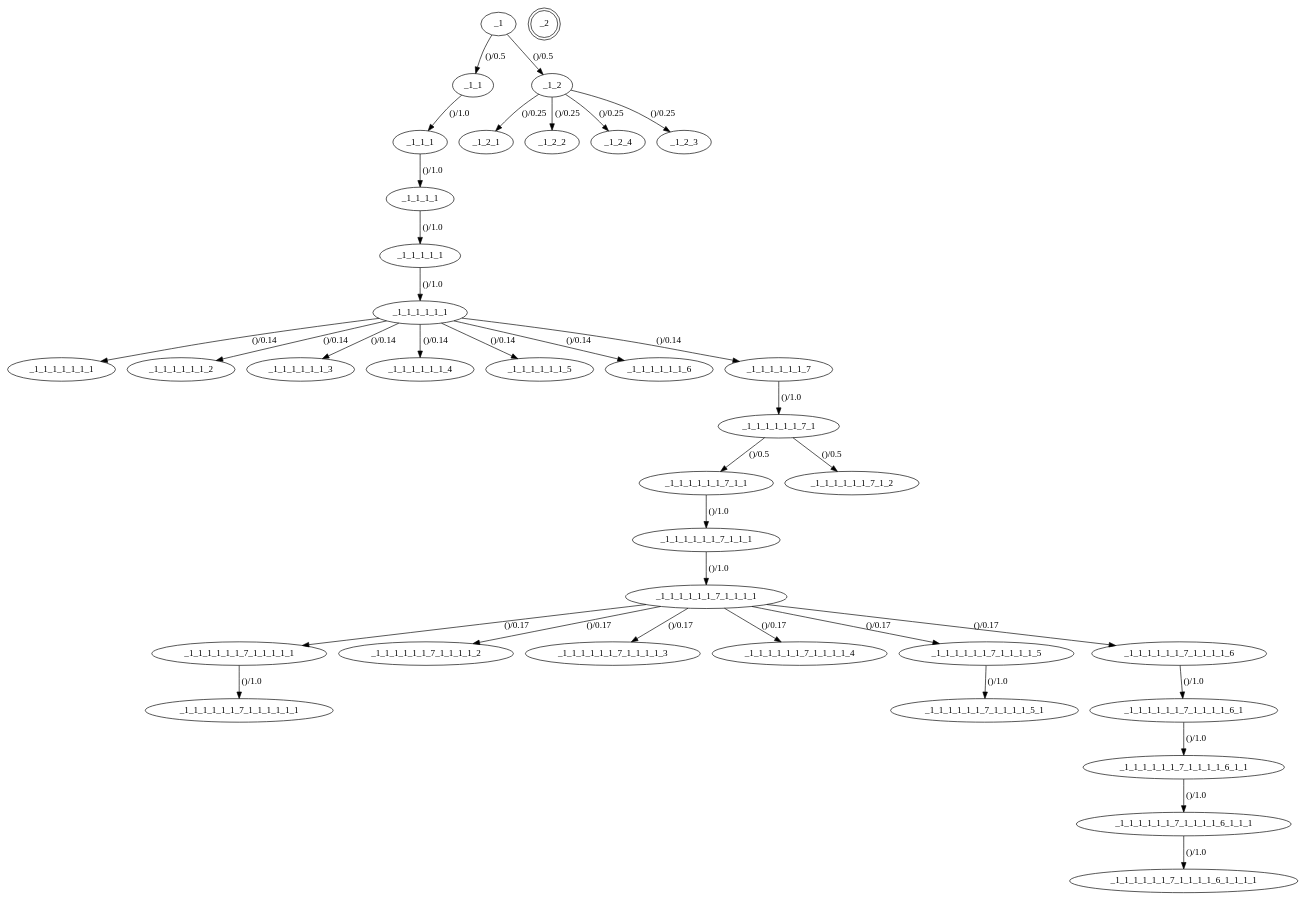
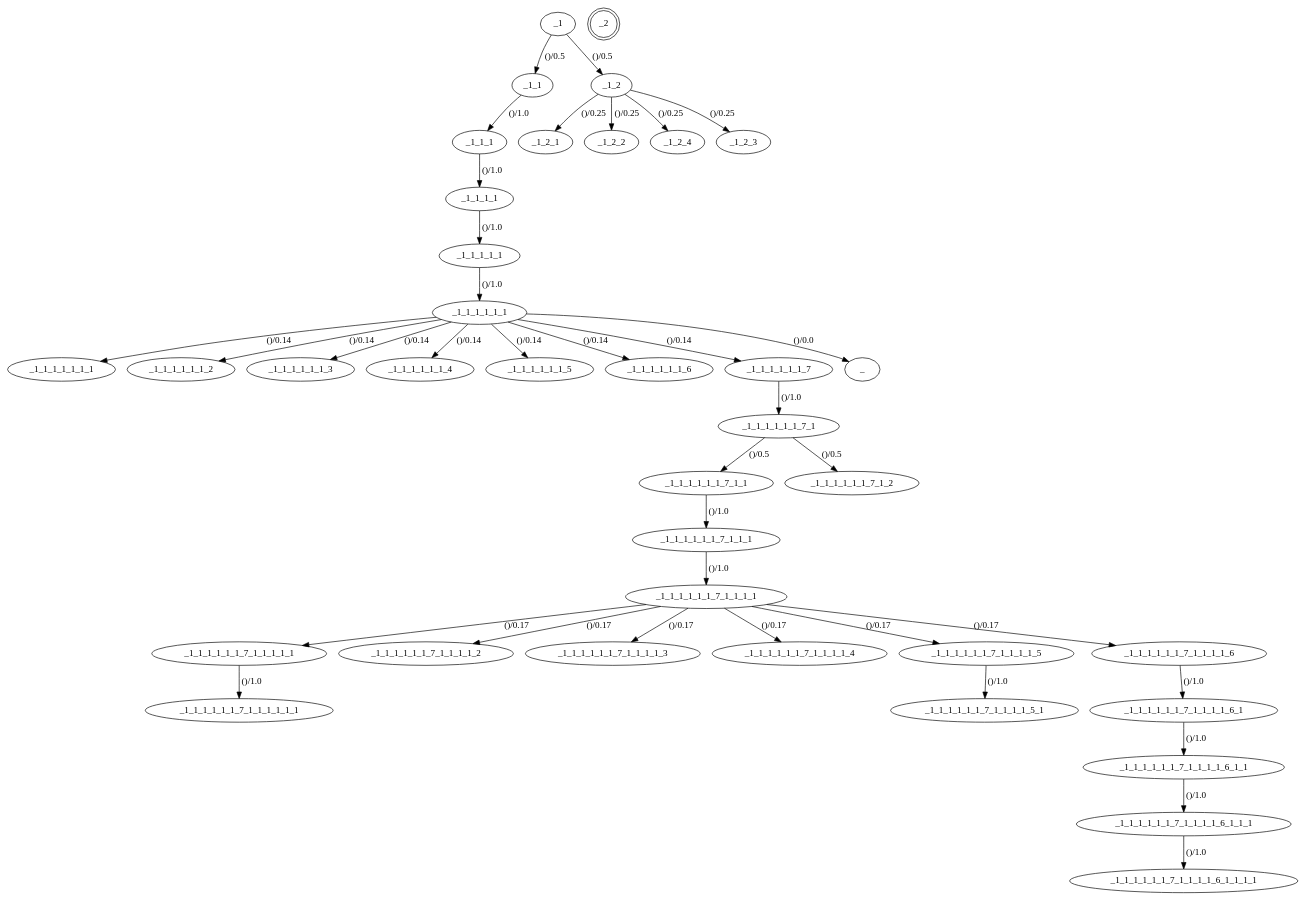
The diagram in qauto_deco/pagemodel/structure.gv (helttu/slideco-tests), drawn with Graphviz before and after one commit. The commit also changed 6 other files, not shown here.

```diff
--- a/qauto_deco/pagemodel/structure.gv
+++ b/qauto_deco/pagemodel/structure.gv
@@ -1,74 +1,75 @@
 digraph default_model {
 //States
 _1
 _1_1_1
 _1_1
 _1_1_1_1
 _1_1_1_1_1
 _1_1_1_1_1_1
 _1_1_1_1_1_1_1
 _1_1_1_1_1_1_2
 _1_1_1_1_1_1_3
 _1_1_1_1_1_1_4
 _1_1_1_1_1_1_5
 _1_1_1_1_1_1_6
 _1_1_1_1_1_1_7
 _1_1_1_1_1_1_7_1
 _1_1_1_1_1_1_7_1_1
 _1_1_1_1_1_1_7_1_1_1
 _1_1_1_1_1_1_7_1_1_1_1
 _1_1_1_1_1_1_7_1_1_1_1_1
 _1_1_1_1_1_1_7_1_1_1_1_2
 _1_1_1_1_1_1_7_1_1_1_1_3
 _1_1_1_1_1_1_7_1_1_1_1_4
 _1_1_1_1_1_1_7_1_1_1_1_5
 _1_1_1_1_1_1_7_1_1_1_1_5_1
 _1_1_1_1_1_1_7_1_2
 _1_2
 _1_2_1
 _1_2_2
 _1_1_1_1_1_1_7_1_1_1_1_1_1
 _1_1_1_1_1_1_7_1_1_1_1_6
 _1_1_1_1_1_1_7_1_1_1_1_6_1
 _1_2_4
 _1_2_3
 _1_1_1_1_1_1_7_1_1_1_1_6_1_1
 _1_1_1_1_1_1_7_1_1_1_1_6_1_1_1
 _1_1_1_1_1_1_7_1_1_1_1_6_1_1_1_1
 _2[shape = "doublecircle"]
 //Transitions
 _1 -> _1_1[ label = "()/0.5", probability = "0.5", set_guard = "(u'', u'')", check_guard = "(u'', u'')", edge_id = "fc549930-c01f-11e5-bdbc-a94980e8de8d"]
 _1_1 -> _1_1_1[ label = "()/1.0", probability = "1.0", set_guard = "(u'', u'')", check_guard = "(u'', u'')", edge_id = "fe4879ee-c01f-11e5-8b18-a94980e8de8d"]
 _1_1_1 -> _1_1_1_1[ label = "()/1.0", probability = "1.0", set_guard = "(u'', u'')", check_guard = "(u'', u'')", edge_id = "ac323121-c02d-11e5-8503-a94980e8de8d"]
 _1_1_1_1 -> _1_1_1_1_1[ label = "()/1.0", probability = "1.0", set_guard = "(u'', u'')", check_guard = "(u'', u'')", edge_id = "2e873671-c02e-11e5-a260-a94980e8de8d"]
 _1_1_1_1_1 -> _1_1_1_1_1_1[ label = "()/1.0", probability = "1.0", set_guard = "(u'', u'')", check_guard = "(u'', u'')", edge_id = "fa83d631-c032-11e5-aabc-a94980e8de8d"]
 _1_1_1_1_1_1 -> _1_1_1_1_1_1_1[ label = "()/0.14", probability = "0.142857142857", set_guard = "(u'', u'')", check_guard = "(u'', u'')", edge_id = "8bbcdc9f-c038-11e5-88a6-a94980e8de8d"]
 _1_1_1_1_1_1 -> _1_1_1_1_1_1_2[ label = "()/0.14", probability = "0.142857142857", set_guard = "(u'', u'')", check_guard = "(u'', u'')", edge_id = "e2cac7ef-c038-11e5-b7d3-a94980e8de8d"]
 _1_1_1_1_1_1 -> _1_1_1_1_1_1_3[ label = "()/0.14", probability = "0.142857142857", set_guard = "(u'', u'')", check_guard = "(u'', u'')", edge_id = "0b82f9ae-c039-11e5-b3ff-a94980e8de8d"]
 _1_1_1_1_1_1 -> _1_1_1_1_1_1_4[ label = "()/0.14", probability = "0.142857142857", set_guard = "(u'', u'')", check_guard = "(u'', u'')", edge_id = "3bceb6e2-c039-11e5-9122-a94980e8de8d"]
 _1_1_1_1_1_1 -> _1_1_1_1_1_1_5[ label = "()/0.14", probability = "0.142857142857", set_guard = "(u'', u'')", check_guard = "(u'', u'')", edge_id = "fdcfa1a1-c039-11e5-8b14-a94980e8de8d"]
 _1_1_1_1_1_1 -> _1_1_1_1_1_1_6[ label = "()/0.14", probability = "0.142857142857", set_guard = "(u'', u'')", check_guard = "(u'', u'')", edge_id = "ff775e30-c039-11e5-93ba-a94980e8de8d"]
 _1_1_1_1_1_1 -> _1_1_1_1_1_1_7[ label = "()/0.14", probability = "0.142857142857", set_guard = "(u'', u'')", check_guard = "(u'', u'')", edge_id = "01636f5f-c03d-11e5-94c1-a94980e8de8d"]
 _1_1_1_1_1_1_7 -> _1_1_1_1_1_1_7_1[ label = "()/1.0", probability = "1.0", set_guard = "(u'', u'')", check_guard = "(u'', u'')", edge_id = "63c5beb1-c03d-11e5-986f-a94980e8de8d"]
 _1_1_1_1_1_1_7_1 -> _1_1_1_1_1_1_7_1_1[ label = "()/0.5", probability = "0.5", set_guard = "(u'', u'')", check_guard = "(u'', u'')", edge_id = "81ed66c1-c03f-11e5-b923-a94980e8de8d"]
 _1_1_1_1_1_1_7_1_1 -> _1_1_1_1_1_1_7_1_1_1[ label = "()/1.0", probability = "1.0", set_guard = "(u'', u'')", check_guard = "(u'', u'')", edge_id = "80083690-c040-11e5-a873-a94980e8de8d"]
 _1_1_1_1_1_1_7_1_1_1 -> _1_1_1_1_1_1_7_1_1_1_1[ label = "()/1.0", probability = "1.0", set_guard = "(u'', u'')", check_guard = "(u'', u'')", edge_id = "110f70e2-c041-11e5-8143-a94980e8de8d"]
 _1_1_1_1_1_1_7_1_1_1_1 -> _1_1_1_1_1_1_7_1_1_1_1_1[ label = "()/0.17", probability = "0.166666666667", set_guard = "(u'', u'')", check_guard = "(u'', u'')", edge_id = "cb99f522-c041-11e5-8451-a94980e8de8d"]
 _1_1_1_1_1_1_7_1_1_1_1 -> _1_1_1_1_1_1_7_1_1_1_1_2[ label = "()/0.17", probability = "0.166666666667", set_guard = "(u'', u'')", check_guard = "(u'', u'')", edge_id = "018954a1-c042-11e5-88d0-a94980e8de8d"]
 _1_1_1_1_1_1_7_1_1_1_1 -> _1_1_1_1_1_1_7_1_1_1_1_3[ label = "()/0.17", probability = "0.166666666667", set_guard = "(u'', u'')", check_guard = "(u'', u'')", edge_id = "2f99eede-c042-11e5-a975-a94980e8de8d"]
 _1_1_1_1_1_1_7_1_1_1_1 -> _1_1_1_1_1_1_7_1_1_1_1_4[ label = "()/0.17", probability = "0.166666666667", set_guard = "(u'', u'')", check_guard = "(u'', u'')", edge_id = "59dcb841-c042-11e5-a3d8-a94980e8de8d"]
 _1_1_1_1_1_1_7_1_1_1_1 -> _1_1_1_1_1_1_7_1_1_1_1_5[ label = "()/0.17", probability = "0.166666666667", set_guard = "(u'', u'')", check_guard = "(u'', u'')", edge_id = "9ddb07e2-c042-11e5-a824-a94980e8de8d"]
 _1_1_1_1_1_1_7_1_1_1_1_5 -> _1_1_1_1_1_1_7_1_1_1_1_5_1[ label = "()/1.0", probability = "1.0", set_guard = "(u'', u'')", check_guard = "(u'', u'')", edge_id = "a6ca075e-c0c0-11e5-bbbb-a94980e8de8d"]
 _1_1_1_1_1_1_7_1 -> _1_1_1_1_1_1_7_1_2[ label = "()/0.5", probability = "0.5", set_guard = "(u'', u'')", check_guard = "(u'', u'')", edge_id = "90f4aa10-c0c2-11e5-9162-a94980e8de8d"]
 _1_2 -> _1_2_1[ label = "()/0.25", probability = "0.25", set_guard = "(u'', u'')", check_guard = "(u'', u'')", edge_id = "b18e8770-c5a2-11e5-922c-2c600cd4c6d7"]
 _1_1_1_1_1_1_7_1_1_1_1_1 -> _1_1_1_1_1_1_7_1_1_1_1_1_1[ label = "()/1.0", probability = "1.0", set_guard = "(u'', u'')", check_guard = "(u'', u'')", edge_id = "2f5d7d41-c8b5-11e5-b5b1-00247e035201"]
 _1_1_1_1_1_1_7_1_1_1_1 -> _1_1_1_1_1_1_7_1_1_1_1_6[ label = "()/0.17", probability = "0.166666666667", set_guard = "(u'', u'')", check_guard = "(u'', u'')", edge_id = "63b998ef-c8bd-11e5-b359-00247e035201"]
 _1_1_1_1_1_1_7_1_1_1_1_6 -> _1_1_1_1_1_1_7_1_1_1_1_6_1[ label = "()/1.0", probability = "1.0", set_guard = "(u'', u'')", check_guard = "(u'', u'')", edge_id = "b40472c1-c8be-11e5-b9d2-00247e035201"]
 _1 -> _1_2[ label = "()/0.5", probability = "0.5", set_guard = "(u'', u'')", check_guard = "(u'', u'')", edge_id = "d7b9c1e1-c975-11e5-b0eb-a94980e8de8d"]
 _1_2 -> _1_2_2[ label = "()/0.25", probability = "0.25", set_guard = "(u'', u'')", check_guard = "(u'', u'')", edge_id = "dfcd2bb0-c975-11e5-99fe-a94980e8de8d"]
 _1_2 -> _1_2_3[ label = "()/0.25", probability = "0.25", set_guard = "(u'', u'')", check_guard = "(u'', u'')", edge_id = "452f3561-cc06-11e5-b6e7-2c600cd4c6d7"]
 _1_2 -> _1_2_4[ label = "()/0.25", probability = "0.25", set_guard = "(u'', u'')", check_guard = "(u'', u'')", edge_id = "4f354770-cc06-11e5-a75f-2c600cd4c6d7"]
 _1_1_1_1_1_1_7_1_1_1_1_6_1 -> _1_1_1_1_1_1_7_1_1_1_1_6_1_1[ label = "()/1.0", probability = "1.0", set_guard = "(u'', u'')", check_guard = "(u'', u'')", edge_id = "6bf28cd0-cef7-11e5-9913-00247e035201"]
 _1_1_1_1_1_1_7_1_1_1_1_6_1_1 -> _1_1_1_1_1_1_7_1_1_1_1_6_1_1_1[ label = "()/1.0", probability = "1.0", set_guard = "(u'', u'')", check_guard = "(u'', u'')", edge_id = "9f1c66de-cefb-11e5-a00b-00247e035201"]
 _1_1_1_1_1_1_7_1_1_1_1_6_1_1_1 -> _1_1_1_1_1_1_7_1_1_1_1_6_1_1_1_1[ label = "()/1.0", probability = "1.0", set_guard = "(u'', u'')", check_guard = "(u'', u'')", edge_id = "00ff892f-cefe-11e5-aa50-00247e035201"]
+_1_1_1_1_1_1 -> _[ label = "()/0.0", probability = "0.0", set_guard = "('', '')", check_guard = "('', '')", edge_id = "a8bba2d1-d3c7-11e5-a00d-00247e035201"]
 }
```
